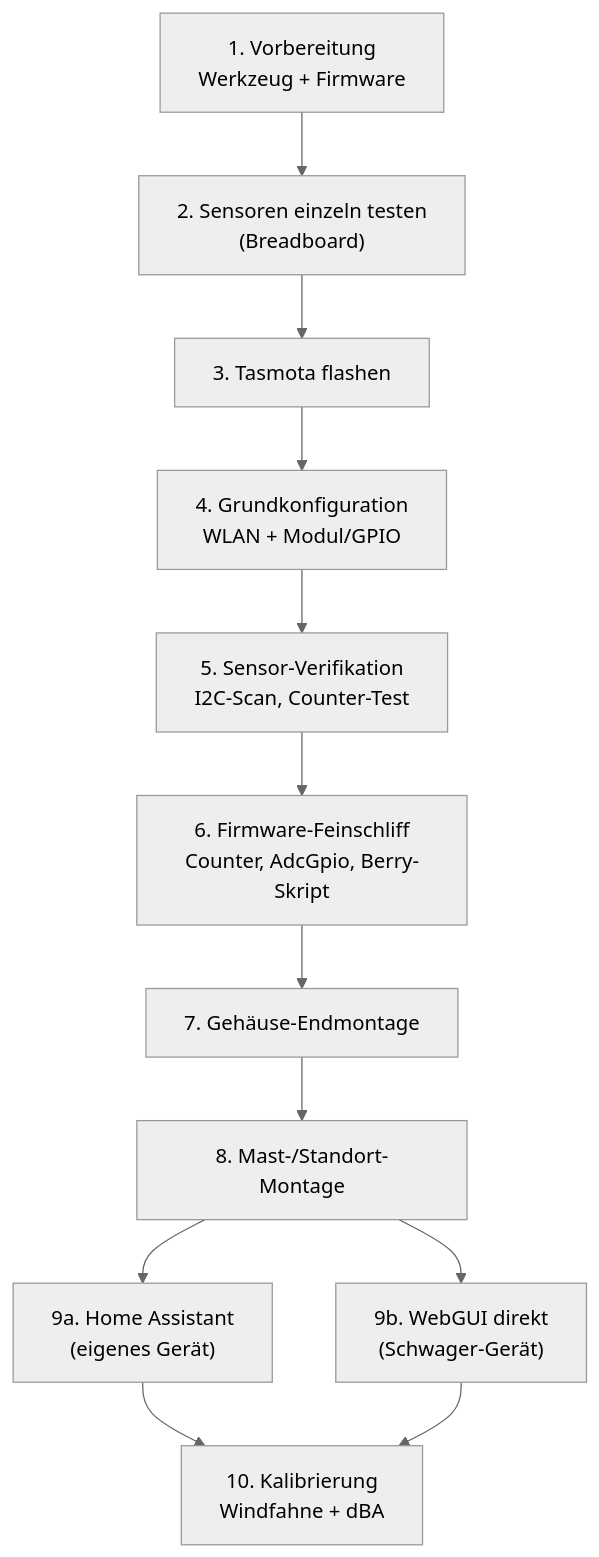
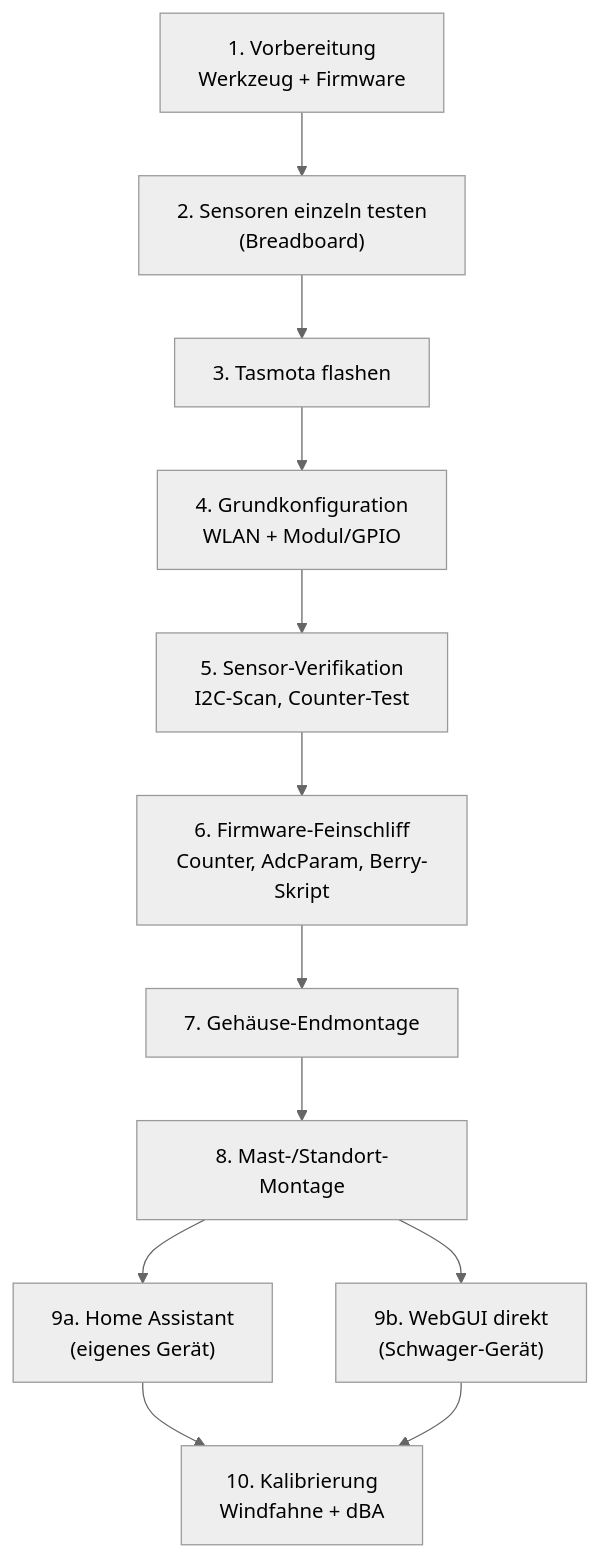
Before and after one commit to icepaule/IceWeatherstation: the first of 2 diagrams in docs/setup-guide.md, drawn with Mermaid (neutral theme). The commit also changed other lines of this file and 5 other files, not shown here.

````diff
--- a/docs/setup-guide.md
+++ b/docs/setup-guide.md
@@ -5,20 +5,20 @@
 ```mermaid
 flowchart TD
     S1["1. Vorbereitung<br/>Werkzeug + Firmware"]
     S2["2. Sensoren einzeln testen<br/>(Breadboard)"]
     S3["3. Tasmota flashen"]
     S4["4. Grundkonfiguration<br/>WLAN + Modul/GPIO"]
     S5["5. Sensor-Verifikation<br/>I2C-Scan, Counter-Test"]
-    S6["6. Firmware-Feinschliff<br/>Counter, AdcGpio, Berry-Skript"]
+    S6["6. Firmware-Feinschliff<br/>Counter, AdcParam, Berry-Skript"]
     S7["7. Gehäuse-Endmontage"]
     S8["8. Mast-/Standort-Montage"]
     S9["9a. Home Assistant<br/>(eigenes Gerät)"]
     S10["9b. WebGUI direkt<br/>(Schwager-Gerät)"]
     S11["10. Kalibrierung<br/>Windfahne + dBA"]
 
     S1 --> S2 --> S3 --> S4 --> S5 --> S6 --> S7 --> S8
     S8 --> S9
     S8 --> S10
     S9 --> S11
     S10 --> S11
 ```
````
